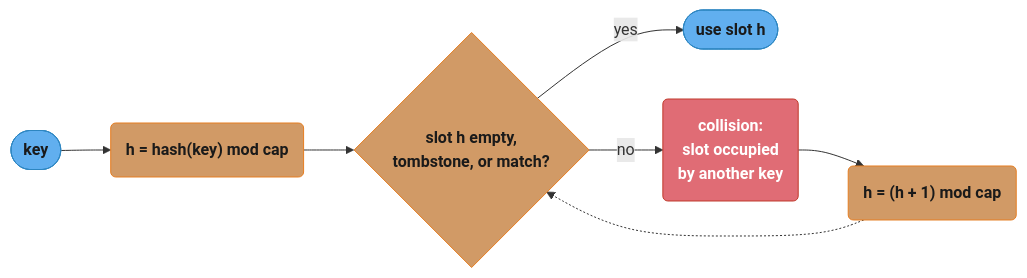
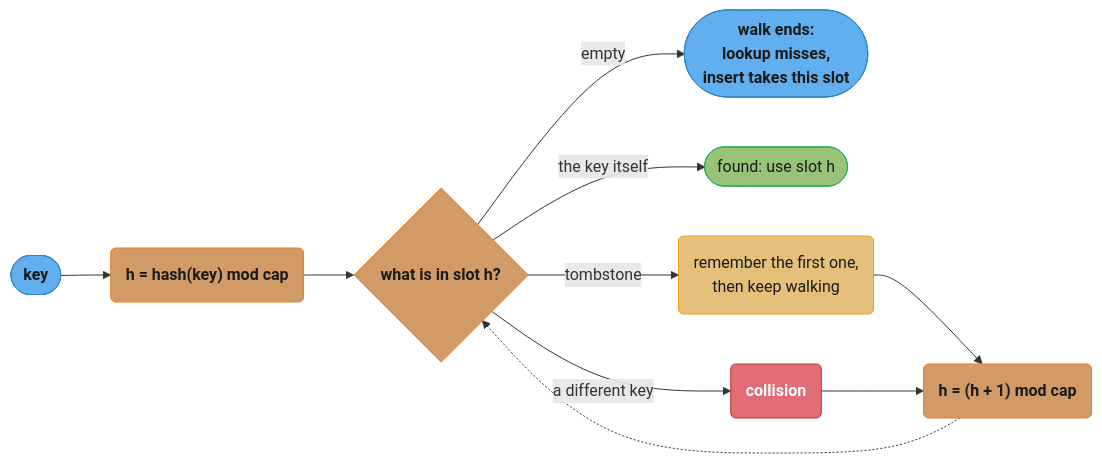
The second of 3 diagrams in src/main/java/com/rutik/systemdesign/cs_fundamentals/arrays_strings_and_hashing/arrays_strings_and_hashing.md (rppol/system-design), drawn with Mermaid before and after one commit. The commit also changed other lines of this file and 4 other files, not shown here.

````diff
--- a/src/main/java/com/rutik/systemdesign/cs_fundamentals/arrays_strings_and_hashing/arrays_strings_and_hashing.md
+++ b/src/main/java/com/rutik/systemdesign/cs_fundamentals/arrays_strings_and_hashing/arrays_strings_and_hashing.md
@@ -124,24 +124,29 @@
 ```mermaid
 flowchart LR
     classDef io      fill:#61afef,stroke:#2e86c1,color:#1a1a1a,font-weight:bold
     classDef frozen  fill:#c678dd,stroke:#9b59b6,color:#fff
     classDef train   fill:#98c379,stroke:#27ae60,color:#1a1a1a
     classDef mathOp  fill:#d19a66,stroke:#e67e22,color:#1a1a1a,font-weight:bold
     classDef lossN   fill:#e06c75,stroke:#c0392b,color:#fff,font-weight:bold
     classDef req     fill:#56b6c2,stroke:#0097a7,color:#1a1a1a
     classDef base    fill:#e5c07b,stroke:#f39c12,color:#1a1a1a
 
     K(["key"]) --> H("h = hash(key) mod cap")
-    H --> D{"slot h empty,<br/>tombstone, or match?"}
-    D -->|"yes"| U(["use slot h"])
-    D -->|"no"| C("collision:<br/>slot occupied<br/>by another key")
-    C --> P("h = (h + 1) mod cap")
+    H --> D{"what is in slot h?"}
+    D -->|"empty"| U(["walk ends:<br/>lookup misses,<br/>insert takes this slot"])
+    D -->|"the key itself"| M(["found: use slot h"])
+    D -->|"tombstone"| T("remember the first one,<br/>then keep walking")
+    D -->|"a different key"| C("collision")
+    T --> P("h = (h + 1) mod cap")
+    C --> P
     P -.-> D
 
     class K io
     class H mathOp
     class D mathOp
     class U io
+    class M train
+    class T base
     class C lossN
     class P mathOp
 ```
````
